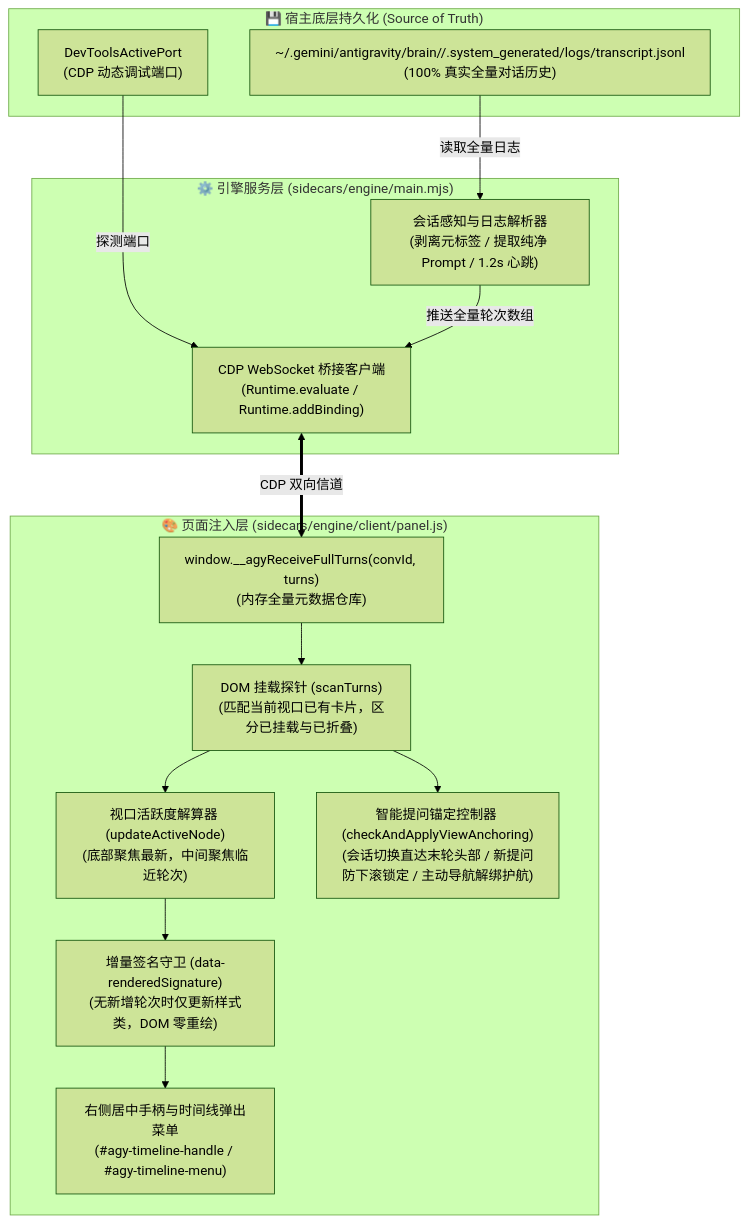
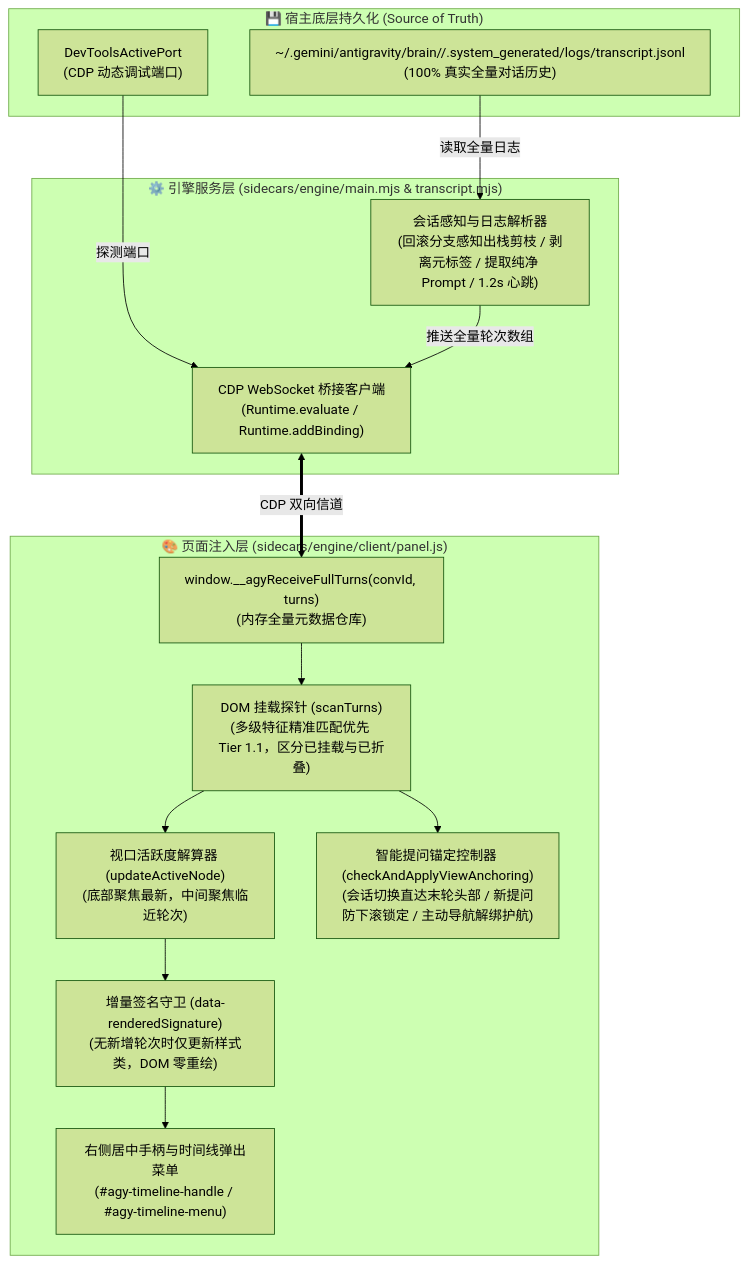
Before and after one commit to moumouye/antigravity-timeline: the diagram in docs/contracts.md, drawn with Mermaid (forest theme). The commit also changed 9 other files, not shown here.

````diff
--- a/docs/contracts.md
+++ b/docs/contracts.md
@@ -11,31 +11,31 @@
 ```mermaid
 flowchart TB
     subgraph HostFS ["💾 宿主底层持久化 (Source of Truth)"]
         Transcript["~/.gemini/antigravity/brain/<conv-id>/.system_generated/logs/transcript.jsonl<br/>(100% 真实全量对话历史)"]
         DevToolsPort["DevToolsActivePort<br/>(CDP 动态调试端口)"]
     end
 
-    subgraph SidecarEngine ["⚙️ 引擎服务层 (sidecars/engine/main.mjs)"]
-        Scanner["会话感知与日志解析器<br/>(剥离元标签 / 提取纯净 Prompt / 1.2s 心跳)"]
+    subgraph SidecarEngine ["⚙️ 引擎服务层 (sidecars/engine/main.mjs & transcript.mjs)"]
+        Scanner["会话感知与日志解析器<br/>(回滚分支感知出栈剪枝 / 剥离元标签 / 提取纯净 Prompt / 1.2s 心跳)"]
         CdpHost["CDP WebSocket 桥接客户端<br/>(Runtime.evaluate / Runtime.addBinding)"]
     end
 
     subgraph InjectedClient ["🎨 页面注入层 (sidecars/engine/client/panel.js)"]
         Receiver["window.__agyReceiveFullTurns(convId, turns)<br/>(内存全量元数据仓库)"]
-        DOMReconcile["DOM 挂载探针 (scanTurns)<br/>(匹配当前视口已有卡片，区分已挂载与已折叠)"]
+        DOMReconcile["DOM 挂载探针 (scanTurns)<br/>(多级特征精准匹配优先 Tier 1.1，区分已挂载与已折叠)"]
         ActiveSpy["视口活跃度解算器 (updateActiveNode)<br/>(底部聚焦最新，中间聚焦临近轮次)"]
         AnchorController["智能提问锚定控制器 (checkAndApplyViewAnchoring)<br/>(会话切换直达末轮头部 / 新提问防下滚锁定 / 主动导航解绑护航)"]
         RenderGuard["增量签名守卫 (data-renderedSignature)<br/>(无新增轮次时仅更新样式类，DOM 零重绘)"]
         UIEntry["右侧居中手柄与时间线弹出菜单<br/>(#agy-timeline-handle / #agy-timeline-menu)"]
     end
 
     DevToolsPort -->|探测端口| CdpHost
     CdpHost <==>|CDP 双向信道| Receiver
     Transcript -->|读取全量日志| Scanner
     Scanner -->|推送全量轮次数组| CdpHost
     Receiver --> DOMReconcile
     DOMReconcile --> ActiveSpy
     DOMReconcile --> AnchorController
     ActiveSpy --> RenderGuard
     RenderGuard --> UIEntry
 ```
````
